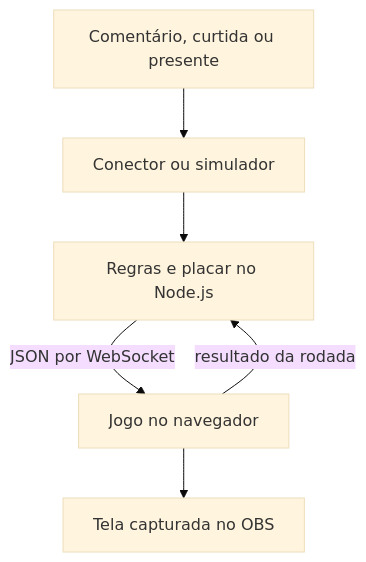
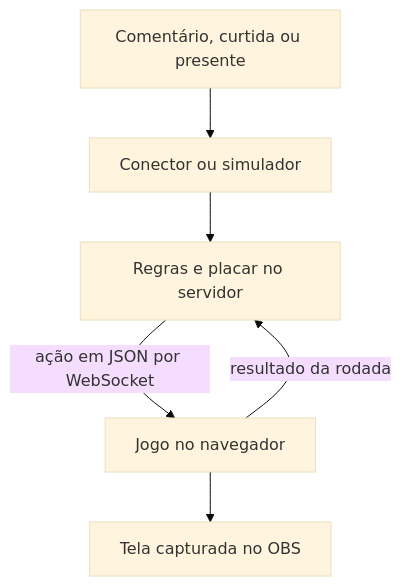
One commit to theuzao/santi-hub-docs changed the second of 4 diagrams in README.md. Above: the diagram before and after it, drawn with Mermaid (base theme). The commit also changed other lines of this file and 2 other files, not shown here.

Commit message:
docs: abrir README com telas e ampliar diagramas

````diff
--- a/README.md
+++ b/README.md
@@ -40,8 +82,8 @@
 ```mermaid
 flowchart TB
-  A[Comentário, curtida ou presente] --> B[Conector ou simulador]
-  B --> C[Regras e placar no Node.js]
-  C -->|JSON por WebSocket| D[Jogo no navegador]
-  D --> E[Tela capturada no OBS]
-  D -->|resultado da rodada| C
+  Evento[Comentário, curtida ou presente] --> Conector[Conector ou simulador]
+  Conector --> Regras[Regras e placar no servidor]
+  Regras -->|ação em JSON por WebSocket| Tela[Jogo no navegador]
+  Tela --> OBS[Tela capturada no OBS]
+  Tela -->|resultado da rodada| Regras
 ```
````
